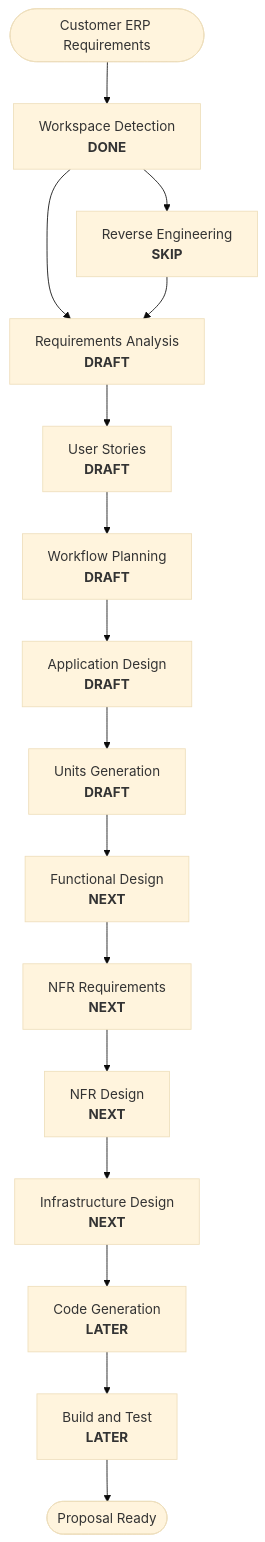
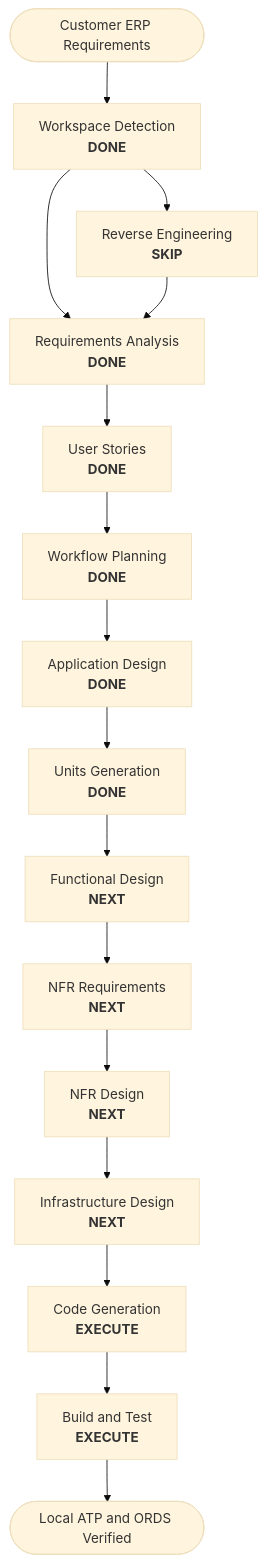
The diagram in aidlc-docs/inception/plans/execution-plan.md (abdullahsohaill/erp-supplier-onboarding), drawn with Mermaid (base theme) before and after one commit. The commit also changed other lines of this file and 4 other files, not shown here.

Commit message:
Plan local Oracle ATP and ORDS construction

````diff
--- a/aidlc-docs/inception/plans/execution-plan.md
+++ b/aidlc-docs/inception/plans/execution-plan.md
@@ -35,34 +35,34 @@
 ```mermaid
 flowchart TD
     Start(["Customer ERP Requirements"])
     WD["Workspace Detection<br/><b>DONE</b>"]
     RE["Reverse Engineering<br/><b>SKIP</b>"]
-    RA["Requirements Analysis<br/><b>DRAFT</b>"]
-    US["User Stories<br/><b>DRAFT</b>"]
-    WP["Workflow Planning<br/><b>DRAFT</b>"]
-    AD["Application Design<br/><b>DRAFT</b>"]
-    UG["Units Generation<br/><b>DRAFT</b>"]
+    RA["Requirements Analysis<br/><b>DONE</b>"]
+    US["User Stories<br/><b>DONE</b>"]
+    WP["Workflow Planning<br/><b>DONE</b>"]
+    AD["Application Design<br/><b>DONE</b>"]
+    UG["Units Generation<br/><b>DONE</b>"]
     FD["Functional Design<br/><b>NEXT</b>"]
     NFRA["NFR Requirements<br/><b>NEXT</b>"]
     NFRD["NFR Design<br/><b>NEXT</b>"]
     ID["Infrastructure Design<br/><b>NEXT</b>"]
-    CG["Code Generation<br/><b>LATER</b>"]
-    BT["Build and Test<br/><b>LATER</b>"]
-    End(["Proposal Ready"])
+    CG["Code Generation<br/><b>EXECUTE</b>"]
+    BT["Build and Test<br/><b>EXECUTE</b>"]
+    End(["Local ATP and ORDS Verified"])
 
     Start --> WD
     WD --> RE
     WD --> RA
     RE --> RA
     RA --> US
     US --> WP
     WP --> AD
     AD --> UG
     UG --> FD
     FD --> NFRA
     NFRA --> NFRD
     NFRD --> ID
     ID --> CG
     CG --> BT
     BT --> End
 ```
````
